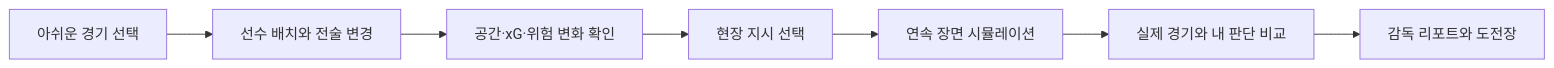
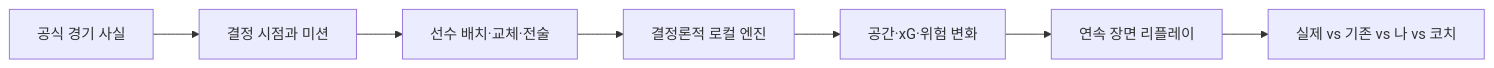
Before and after one commit to Lova-clover/doegamdok90: the diagram in README.md, drawn with Mermaid. The commit also changed other lines of this file and 3 other files, not shown here.

````diff
--- a/README.md
+++ b/README.md
@@ -27,9 +81,9 @@
 ```mermaid
 flowchart LR
-    A["아쉬운 경기 선택"] --> B["선수 배치와 전술 변경"]
-    B --> C["공간·xG·위험 변화 확인"]
-    C --> D["현장 지시 선택"]
-    D --> E["연속 장면 시뮬레이션"]
-    E --> F["실제 경기와 내 판단 비교"]
-    F --> G["감독 리포트와 도전장"]
+    A["공식 경기 사실"] --> B["결정 시점과 미션"]
+    B --> C["선수 배치·교체·전술"]
+    C --> D["결정론적 로컬 엔진"]
+    D --> E["공간·xG·위험 변화"]
+    E --> F["연속 장면 리플레이"]
+    F --> G["실제 vs 기존 vs 나 vs 코치"]
 ```
````
